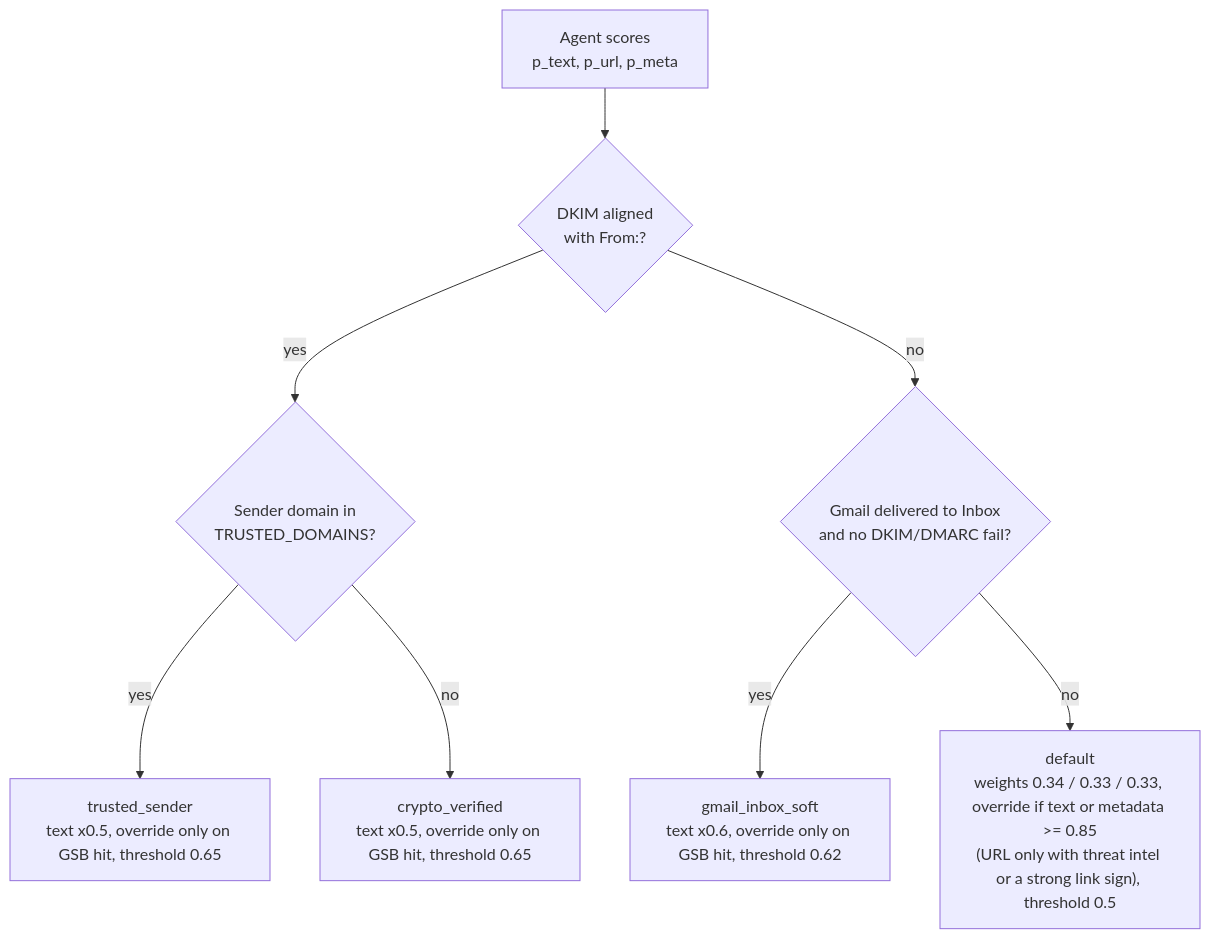
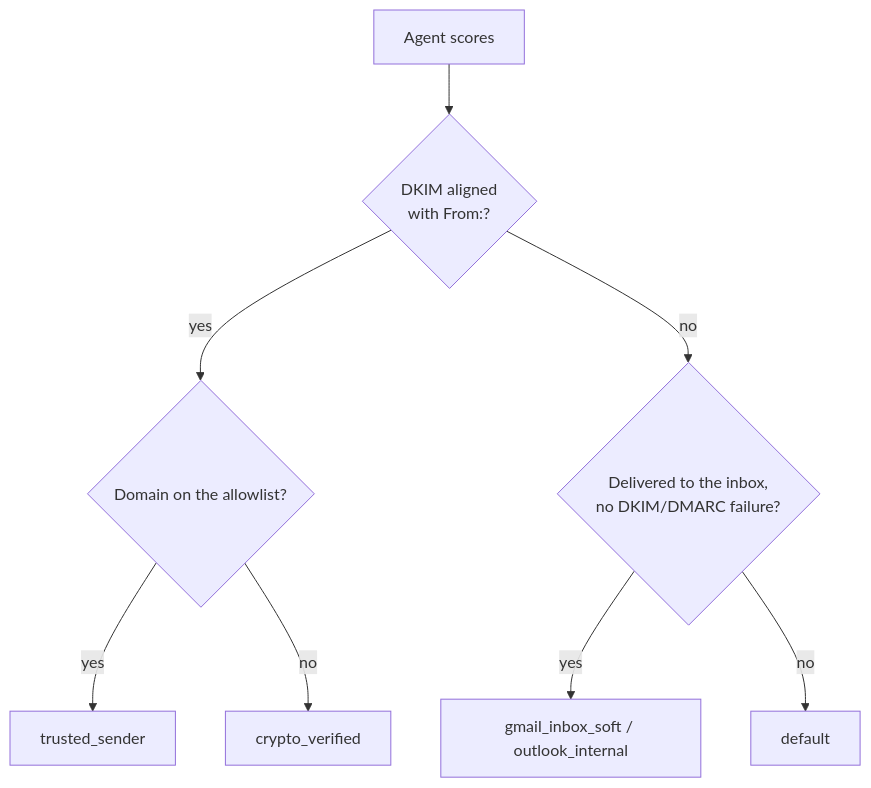
One commit to AnzouK/PhishLens changed the second of 3 diagrams in docs/architecture.md. Above: the diagram before and after it, drawn with Mermaid. The commit also changed other lines of this file and 46 other files, not shown here.

Commit message:
docs, site: one headline figure, who makes it, documentation kept to the reasons

````diff
--- a/docs/architecture.md
+++ b/docs/architecture.md
@@ -119,10 +53,10 @@
 ```mermaid
 flowchart TD
-    S["Agent scores<br/>p_text, p_url, p_meta"] --> C{"DKIM aligned<br/>with From:?"}
-    C -- yes --> T{"Sender domain in<br/>TRUSTED_DOMAINS?"}
-    T -- yes --> P1["trusted_sender<br/>text x0.5, override only on GSB hit, threshold 0.65"]
-    T -- no --> P2["crypto_verified<br/>text x0.5, override only on GSB hit, threshold 0.65"]
-    C -- no --> I{"Gmail delivered to Inbox<br/>and no DKIM/DMARC fail?"}
-    I -- yes --> P3["gmail_inbox_soft<br/>text x0.6, override only on GSB hit, threshold 0.62"]
-    I -- no --> P4["default<br/>weights 0.34 / 0.33 / 0.33, override if text or metadata >= 0.85<br/>(URL only with threat intel or a strong link sign), threshold 0.5"]
+    S["Agent scores"] --> C{"DKIM aligned<br/>with From:?"}
+    C -- yes --> T{"Domain on the allowlist?"}
+    T -- yes --> P1["trusted_sender"]
+    T -- no --> P2["crypto_verified"]
+    C -- no --> I{"Delivered to the inbox,<br/>no DKIM/DMARC failure?"}
+    I -- yes --> P3["gmail_inbox_soft / outlook_internal"]
+    I -- no --> P4["default"]
 ```
````
